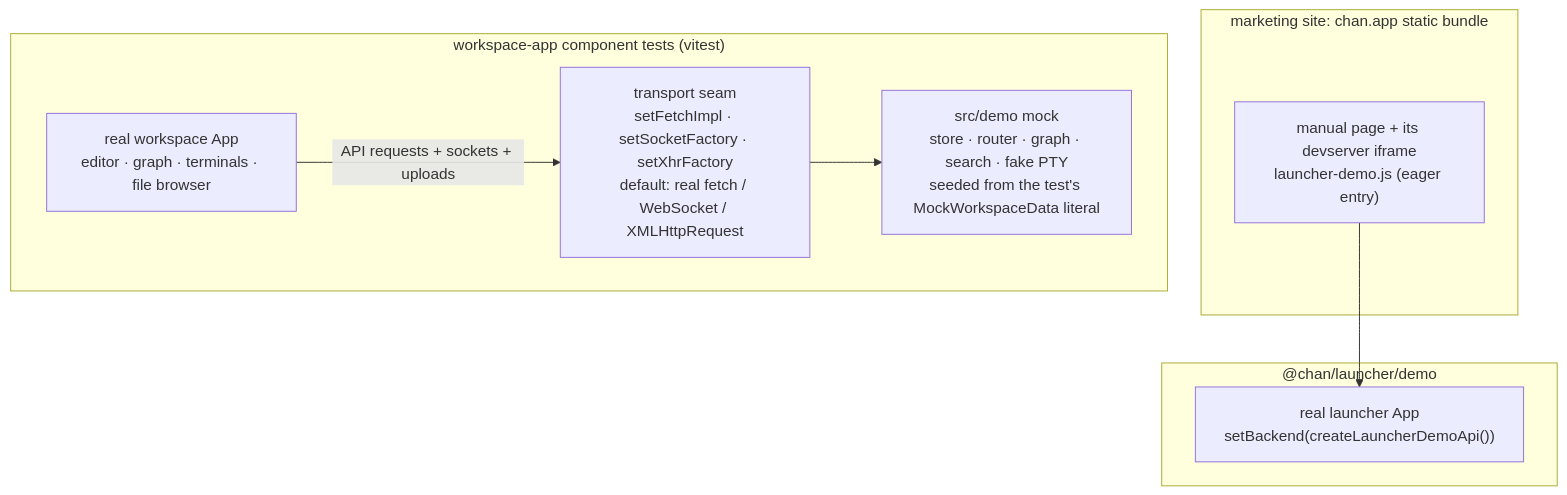
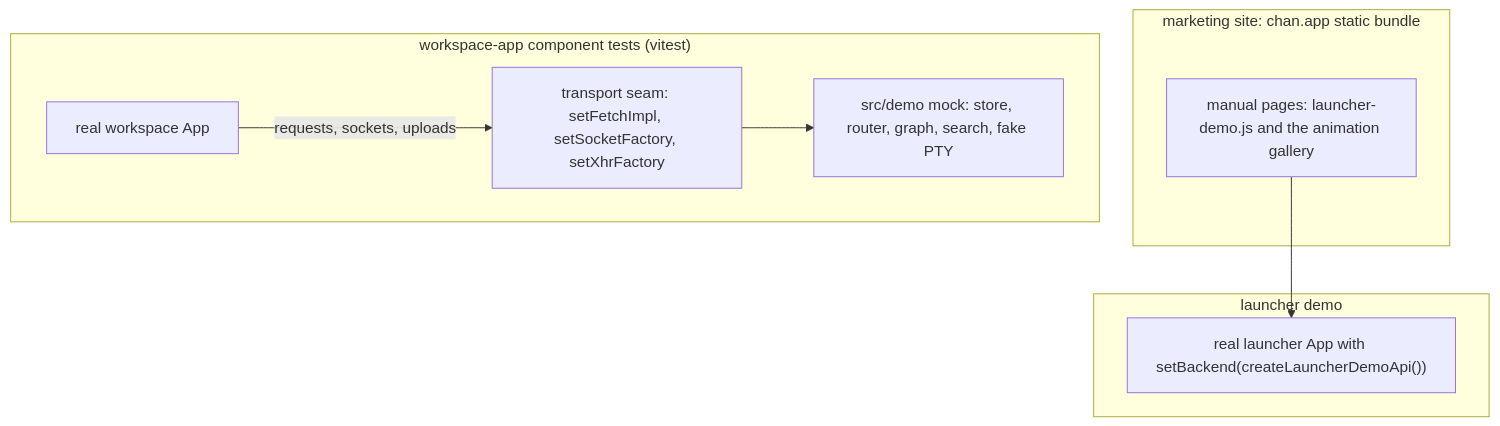
Before and after one commit to fiorix/chan: the third of 4 diagrams in web/packages/workspace-app/src/design.md, drawn with Mermaid. The commit also changed other lines of this file and 17 other files, not shown here.

````diff
--- a/web/packages/workspace-app/src/design.md
+++ b/web/packages/workspace-app/src/design.md
@@ -97,17 +146,17 @@
 ```mermaid
 flowchart TB
     subgraph site["marketing site: chan.app static bundle"]
-        MAN["manual page + its devserver iframe<br/>launcher-demo.js (eager entry)"]
+        MAN["manual pages: launcher-demo.js and the animation gallery"]
     end
-    subgraph ldemo["@chan/launcher/demo"]
-        L["real launcher App<br/>setBackend(createLauncherDemoApi())"]
+    subgraph ldemo["launcher demo"]
+        L["real launcher App with setBackend(createLauncherDemoApi())"]
     end
     subgraph tests["workspace-app component tests (vitest)"]
-        W["real workspace App<br/>editor · graph · terminals · file browser"]
-        SEAM["transport seam<br/>setFetchImpl · setSocketFactory · setXhrFactory<br/>default: real fetch / WebSocket / XMLHttpRequest"]
-        MOCK["src/demo mock<br/>store · router · graph · search · fake PTY<br/>seeded from the test's MockWorkspaceData literal"]
+        W["real workspace App"]
+        SEAM["transport seam: setFetchImpl, setSocketFactory, setXhrFactory"]
+        MOCK["src/demo mock: store, router, graph, search, fake PTY"]
     end
     MAN --> L
-    W -->|API requests + sockets + uploads| SEAM
+    W -->|"requests, sockets, uploads"| SEAM
     SEAM --> MOCK
 ```
````
